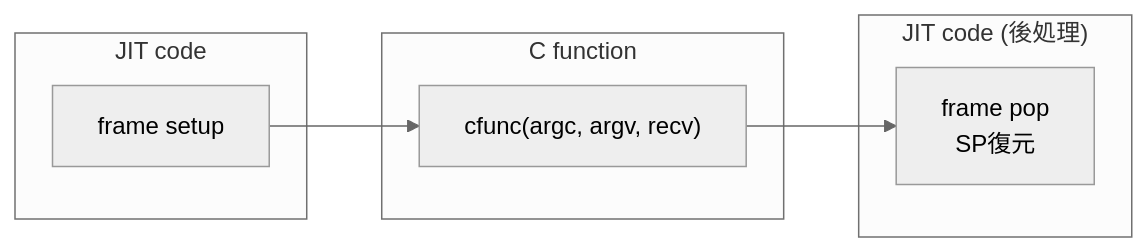
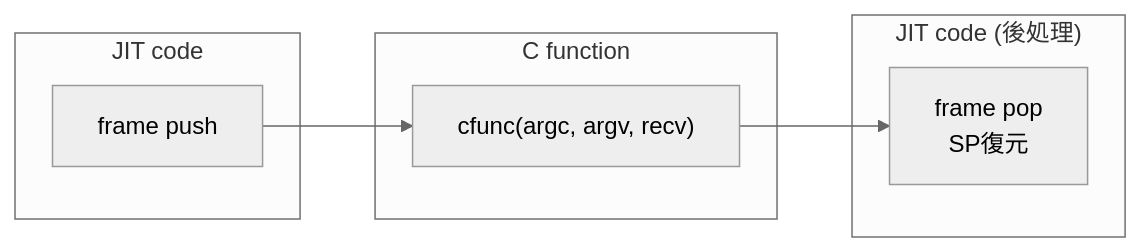
The second of 4 diagrams in rubykaigi-bootcamp-2026/slides.md (Nozomi-Hijikata/slides), drawn with Mermaid (neutral theme) before and after one commit. The commit also changed other lines of this file, not shown here.

````diff
--- a/rubykaigi-bootcamp-2026/slides.md
+++ b/rubykaigi-bootcamp-2026/slides.md
@@ -721,13 +728,13 @@
 ```mermaid {scale: 0.9}
 graph LR
     subgraph JIT["JIT code"]
-        A["frame setup"]
+        A["frame push"]
     end
     subgraph CF["C function"]
         B["cfunc(argc, argv, recv)"]
     end
     subgraph JIT2["JIT code (後処理)"]
         C["frame pop<br/>SP復元"]
     end
     A --> B --> C
 ```
````
